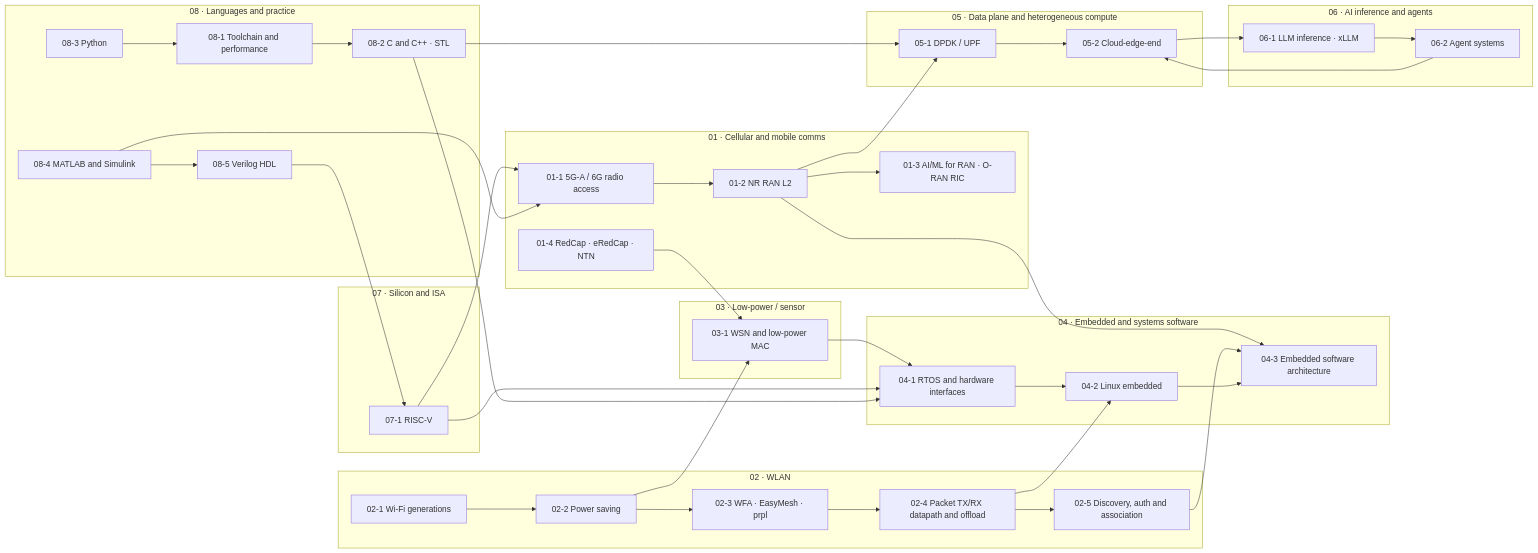
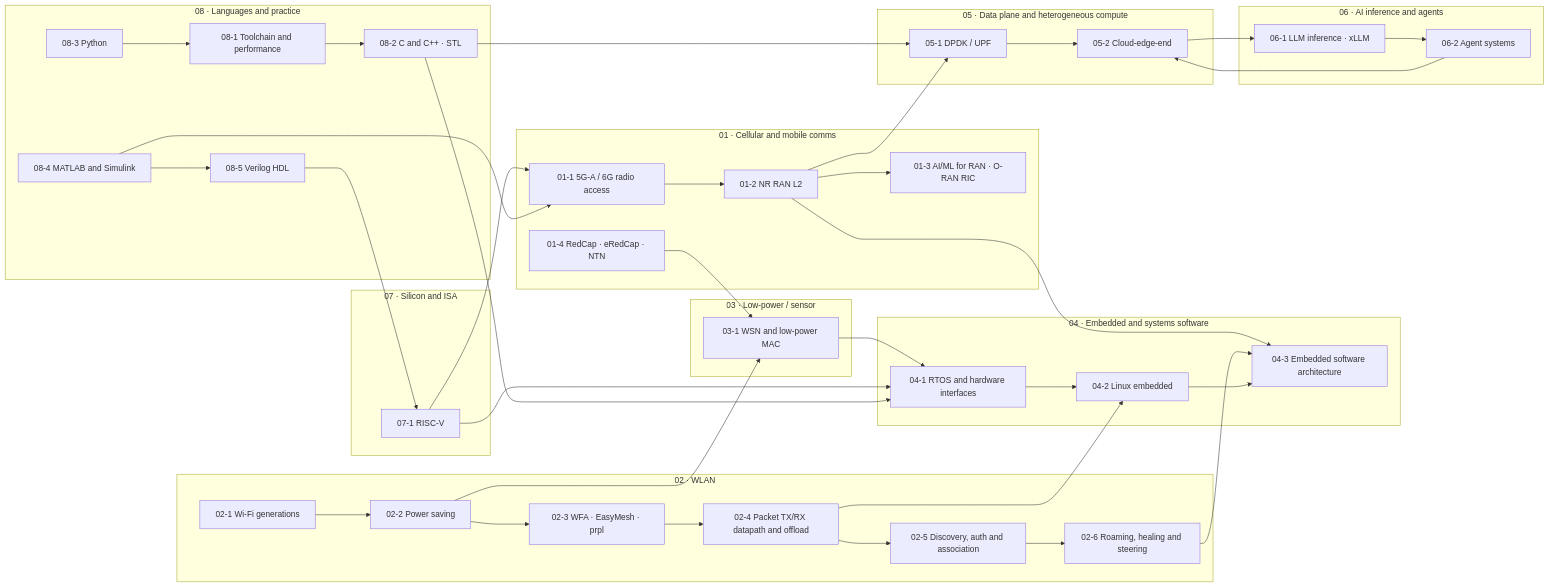
One commit to washingtonxr/xSkills changed the second of 2 diagrams in knowledge-graph/00 MOC - Comms x Compute x AI Knowledge Graph.md. Above: the diagram before and after it, drawn with Mermaid. The commit also changed other lines of this file and 12 other files, not shown here.

````diff
--- a/knowledge-graph/00 MOC - Comms x Compute x AI Knowledge Graph.md
+++ b/knowledge-graph/00 MOC - Comms x Compute x AI Knowledge Graph.md
@@ -71,65 +71,67 @@
 ```mermaid
 flowchart LR
     subgraph g1["01 · Cellular and mobile comms"]
         c1["01-1 5G-A / 6G radio access"]
         c2["01-2 NR RAN L2"]
         c3["01-3 AI/ML for RAN · O-RAN RIC"]
         c4["01-4 RedCap · eRedCap · NTN"]
     end
     subgraph g2["02 · WLAN"]
         w1["02-1 Wi-Fi generations"]
         w2["02-2 Power saving"]
         w3["02-3 WFA · EasyMesh · prpl"]
         w4["02-4 Packet TX/RX datapath and offload"]
         w5["02-5 Discovery, auth and association"]
+        w6["02-6 Roaming, healing and steering"]
     end
     subgraph g3["03 · Low-power / sensor"]
         s1["03-1 WSN and low-power MAC"]
     end
     subgraph g4["04 · Embedded and systems software"]
         e1["04-1 RTOS and hardware interfaces"]
         e2["04-2 Linux embedded"]
         e3["04-3 Embedded software architecture"]
     end
     subgraph g5["05 · Data plane and heterogeneous compute"]
         d1["05-1 DPDK / UPF"]
         d2["05-2 Cloud-edge-end"]
     end
     subgraph g6["06 · AI inference and agents"]
         i1["06-1 LLM inference · xLLM"]
         i2["06-2 Agent systems"]
     end
     subgraph g7["07 · Silicon and ISA"]
         r1["07-1 RISC-V"]
     end
     subgraph g8["08 · Languages and practice"]
         p1["08-1 Toolchain and performance"]
         p2["08-2 C and C++ · STL"]
         p3["08-3 Python"]
         p4["08-4 MATLAB and Simulink"]
         p5["08-5 Verilog HDL"]
     end
 
     c1 --> c2 --> c3
     c2 --> e3
     c4 --> s1
     w1 --> w2 --> w3
     w3 --> w4
     w4 --> w5
-    w5 --> e3
+    w5 --> w6
+    w6 --> e3
     w4 --> e2
     w2 --> s1 --> e1
     e1 --> e2 --> e3
     c2 --> d1 --> d2
     d2 --> i1 --> i2
     i2 --> d2
     r1 --> c1
     r1 --> e1
     p2 --> e1
     p2 --> d1
     p1 --> p2
     p3 --> p1
     p4 --> c1
     p4 --> p5
     p5 --> r1
 ```
````
